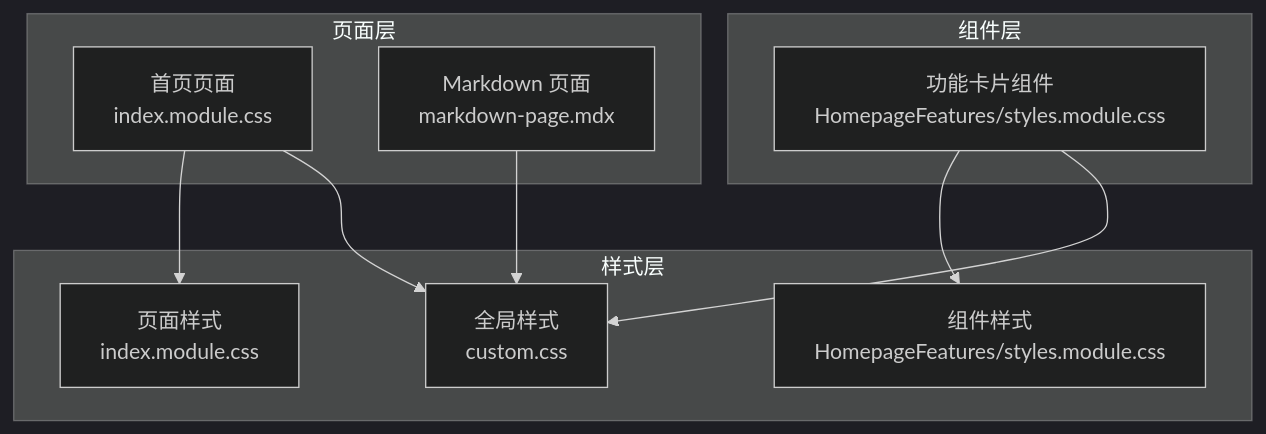
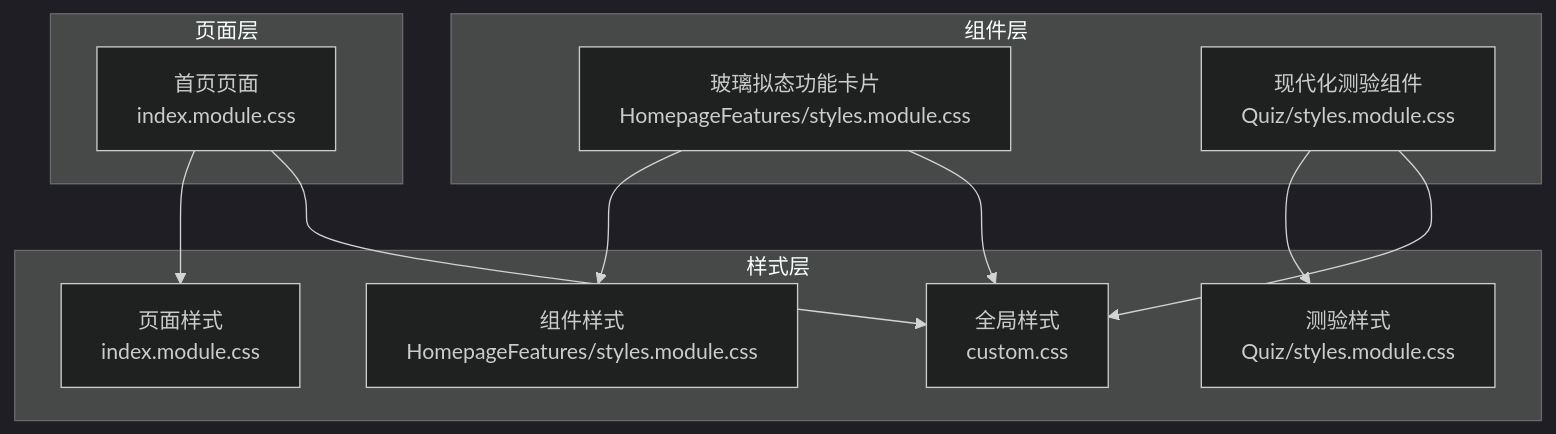
The second of 6 diagrams in .qoder/repowiki/zh/content/组件系统设计.md (UnicornXU/knowledge-base), drawn with Mermaid (dark theme) before and after one commit. The commit also changed other lines of this file and 35 other files, not shown here.

````diff
--- a/.qoder/repowiki/zh/content/组件系统设计.md
+++ b/.qoder/repowiki/zh/content/组件系统设计.md
@@ -91,20 +99,22 @@
 ```mermaid
 graph TB
 subgraph "页面层"
 P1["首页页面<br/>index.module.css"]
-P2["Markdown 页面<br/>markdown-page.mdx"]
 end
 subgraph "组件层"
-C1["功能卡片组件<br/>HomepageFeatures/styles.module.css"]
+C1["玻璃拟态功能卡片<br/>HomepageFeatures/styles.module.css"]
+C2["现代化测验组件<br/>Quiz/styles.module.css"]
 end
 subgraph "样式层"
 S1["全局样式<br/>custom.css"]
 S2["页面样式<br/>index.module.css"]
 S3["组件样式<br/>HomepageFeatures/styles.module.css"]
+S4["测验样式<br/>Quiz/styles.module.css"]
 end
 P1 --> S2
 P1 --> S1
 C1 --> S3
 C1 --> S1
-P2 --> S1
+C2 --> S4
+C2 --> S1
 ```
````
